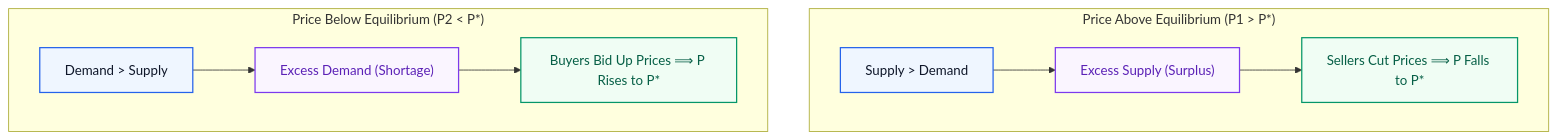
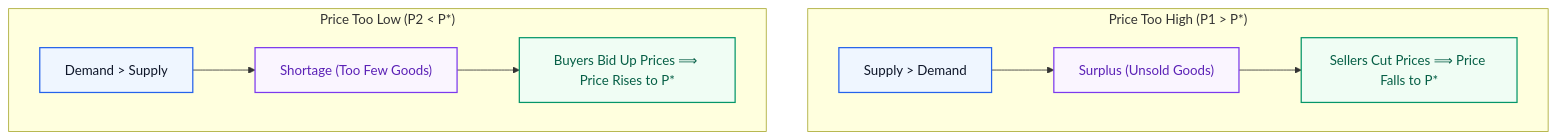
The second of 2 diagrams in academics/finance/Finance_Economics_and_Management_PYQ_Solutions.md (MithunDu404/LRNMetarials), drawn with Mermaid before and after one commit. The commit also changed other lines of this file, not shown here.

````diff
--- a/academics/finance/Finance_Economics_and_Management_PYQ_Solutions.md
+++ b/academics/finance/Finance_Economics_and_Management_PYQ_Solutions.md
@@ -287,15 +306,15 @@
 ```mermaid
 flowchart TD
     classDef primary fill:#EFF6FF,stroke:#2563EB,stroke-width:1.5px,color:#0F172A;
     classDef control fill:#FAF5FF,stroke:#7C3AED,stroke-width:1.5px,color:#5B21B6;
     classDef success fill:#F0FDF4,stroke:#059669,stroke-width:1.5px,color:#065F46;
 
-    subgraph PriceHigh["Price Above Equilibrium (P1 > P*)"]
-        H1["Supply > Demand"]:::primary --> H2["Excess Supply (Surplus)"]:::control
-        H2 --> H3["Sellers Cut Prices ⟹ P Falls to P*"]:::success
+    subgraph PriceHigh["Price Too High (P1 > P*)"]
+        H1["Supply > Demand"]:::primary --> H2["Surplus (Unsold Goods)"]:::control
+        H2 --> H3["Sellers Cut Prices ⟹ Price Falls to P*"]:::success
     end
-    subgraph PriceLow["Price Below Equilibrium (P2 < P*)"]
-        L1["Demand > Supply"]:::primary --> L2["Excess Demand (Shortage)"]:::control
-        L2 --> L3["Buyers Bid Up Prices ⟹ P Rises to P*"]:::success
+    subgraph PriceLow["Price Too Low (P2 < P*)"]
+        L1["Demand > Supply"]:::primary --> L2["Shortage (Too Few Goods)"]:::control
+        L2 --> L3["Buyers Bid Up Prices ⟹ Price Rises to P*"]:::success
     end
 ```
````
